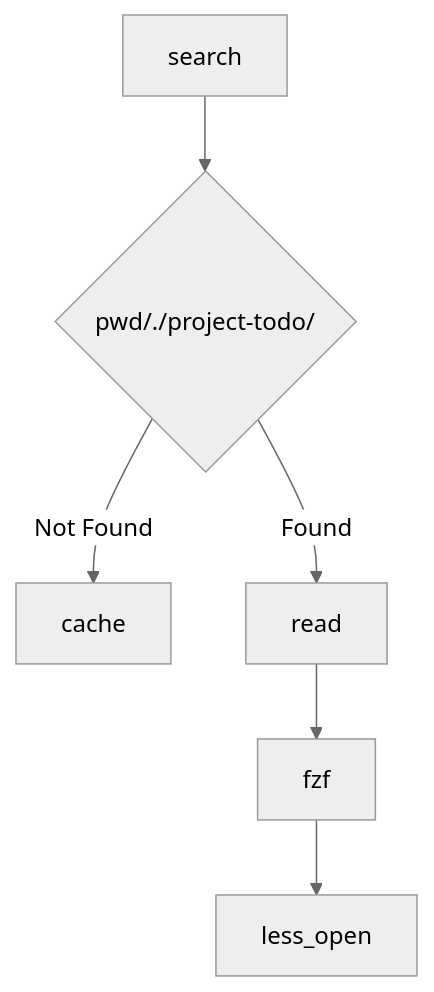
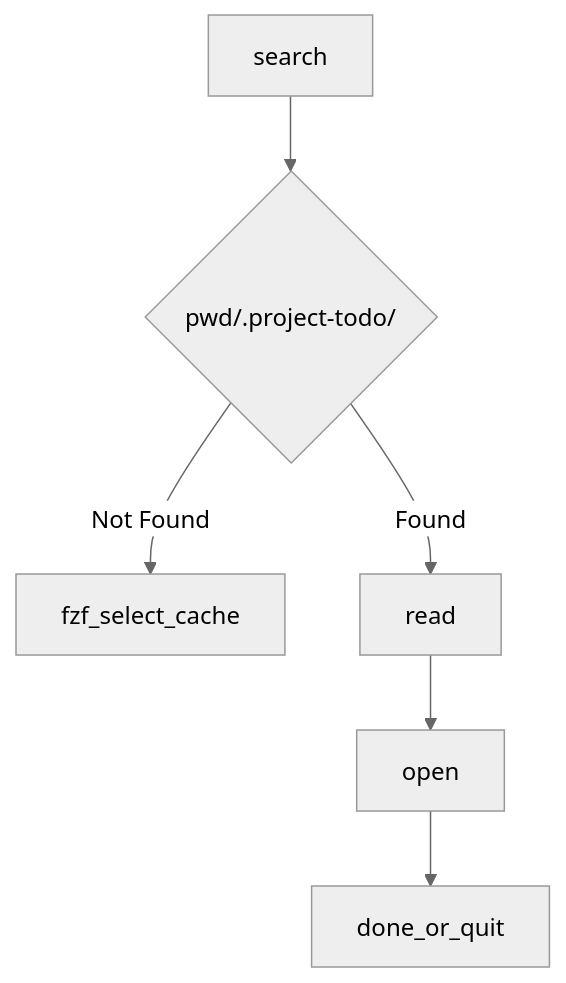
The second of 3 diagrams in design.md (IridiumNan/project-todo), drawn with Mermaid (neutral theme) before and after one commit. The commit also changed other lines of this file and 11 other files, not shown here.

Commit message:
Write README and design without mermaid polish

````diff
--- a/design.md
+++ b/design.md
@@ -7,6 +79,6 @@
 ```mermaid
 graph TB
-    search --> pwd{"pwd/./project-todo/"}
-    pwd --> |"Not Found"|cache
-    pwd --> |"Found"|read --> fzf --> less_open
+    search --> pwd{"pwd/.project-todo/"}
+    pwd --> |"Not Found"|fzf_select_cache
+    pwd --> |"Found"|read --> open --> done_or_quit
 ```
````
